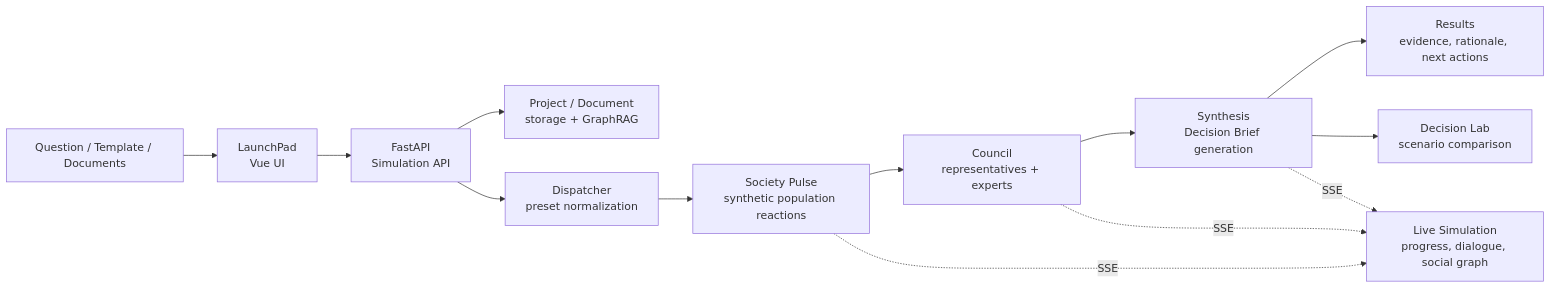
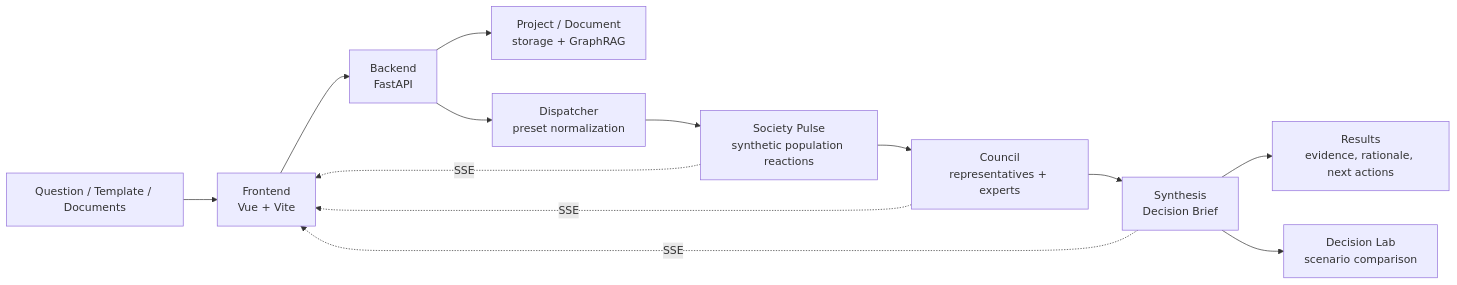
One commit to usagi917/agoraAI changed the diagram in README.en.md. Above: the diagram before and after it, drawn with Mermaid. The commit also changed other lines of this file and 1 other file, not shown here.

````diff
--- a/README.en.md
+++ b/README.en.md
@@ -27,15 +163,15 @@
 ```mermaid
 flowchart LR
-    Q["Question / Template / Documents"] --> L["LaunchPad<br/>Vue UI"]
-    L --> A["FastAPI<br/>Simulation API"]
+    Q["Question / Template / Documents"] --> F["Frontend<br/>Vue + Vite"]
+    F --> A["Backend<br/>FastAPI"]
     A --> P["Project / Document<br/>storage + GraphRAG"]
     A --> D["Dispatcher<br/>preset normalization"]
     D --> S["Society Pulse<br/>synthetic population reactions"]
     S --> C["Council<br/>representatives + experts"]
-    C --> Y["Synthesis<br/>Decision Brief generation"]
-    Y --> R["Results<br/>evidence, rationale, next actions"]
-    Y --> X["Decision Lab<br/>scenario comparison"]
-    S -. SSE .-> V["Live Simulation<br/>progress, dialogue, social graph"]
-    C -. SSE .-> V
-    Y -. SSE .-> V
+    C --> B["Synthesis<br/>Decision Brief"]
+    B --> R["Results<br/>evidence, rationale, next actions"]
+    B --> L["Decision Lab<br/>scenario comparison"]
+    S -. SSE .-> F
+    C -. SSE .-> F
+    B -. SSE .-> F
 ```
````
